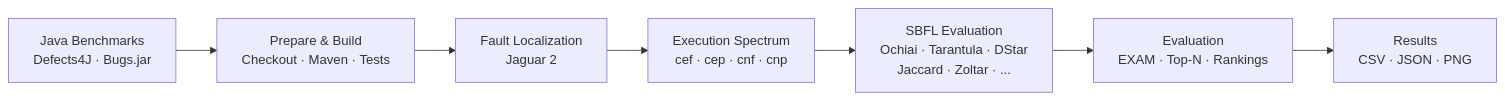
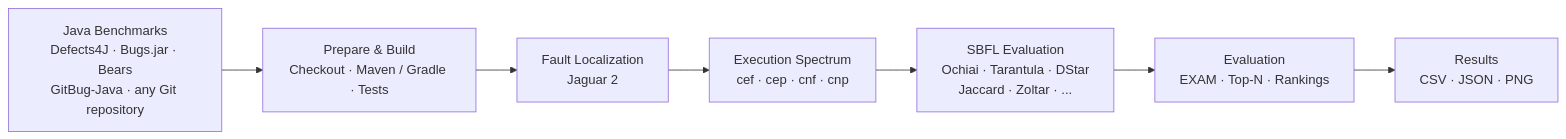
The first of 5 diagrams in README.md (alexzjss/jflp), drawn with Mermaid before and after one commit. The commit also changed other lines of this file, not shown here.

````diff
--- a/README.md
+++ b/README.md
@@ -7,12 +7,12 @@
 ```mermaid
 flowchart LR
-    A["Java Benchmarks<br/>Defects4J · Bugs.jar"]
-    B["Prepare & Build<br/>Checkout · Maven · Tests"]
+    A["Java Benchmarks<br/>Defects4J · Bugs.jar · Bears<br/>GitBug-Java · any Git repository"]
+    B["Prepare & Build<br/>Checkout · Maven / Gradle · Tests"]
     C["Fault Localization<br/>Jaguar 2"]
     D["Execution Spectrum<br/>cef · cep · cnf · cnp"]
     E["SBFL Evaluation<br/>Ochiai · Tarantula · DStar<br/>Jaccard · Zoltar · ..."]
     F["Evaluation<br/>EXAM · Top-N · Rankings"]
     G["Results<br/>CSV · JSON · PNG"]
 
     A --> B --> C --> D --> E --> F --> G
 ```
````
